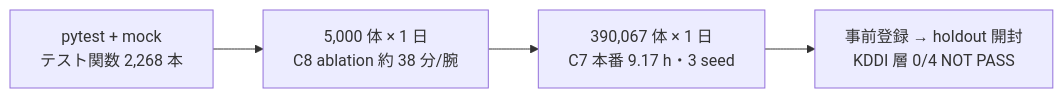
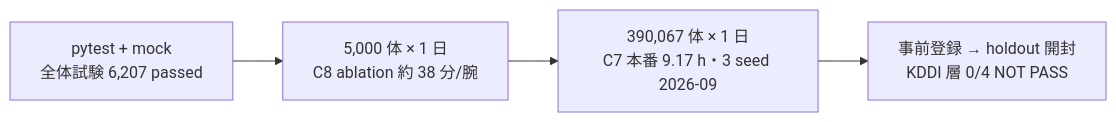
The third of 3 diagrams in docs/design/v2-architecture-overview-simple.md (spacedream6090-svg/shibuya-simulation-v2), drawn with Mermaid before and after one commit. The commit also changed other lines of this file and 1 other file, not shown here.

Commit message:
第339 概要書(簡略・詳細)の数字と表を 2026-10-23 時点に(回答 10-25 §3-2・§9 の 1=既定 345,858 体・W13 365 日・時刻表 6,273 行=平日 3,359・土休 2,914・CLI 108+艦隊 11+暦 7+空間 3・環境変数 46・全体試験 6,207 passed・系 36・W21 系と navmesh1 の行・2026-09 の値は注記。親が header/記録/grep で突き合わせ)

````diff
--- a/docs/design/v2-architecture-overview-simple.md
+++ b/docs/design/v2-architecture-overview-simple.md
@@ -84,6 +86,6 @@
 ```mermaid
 flowchart LR
-  T["pytest + mock<br/>テスト関数 2,268 本"] --> S["5,000 体 × 1 日<br/>C8 ablation 約 38 分/腕"]
-  S --> B["390,067 体 × 1 日<br/>C7 本番 9.17 h・3 seed"]
+  T["pytest + mock<br/>全体試験 6,207 passed"] --> S["5,000 体 × 1 日<br/>C8 ablation 約 38 分/腕"]
+  S --> B["390,067 体 × 1 日<br/>C7 本番 9.17 h・3 seed 2026-09"]
   B --> H["事前登録 → holdout 開封<br/>KDDI 層 0/4 NOT PASS"]
 ```
````
